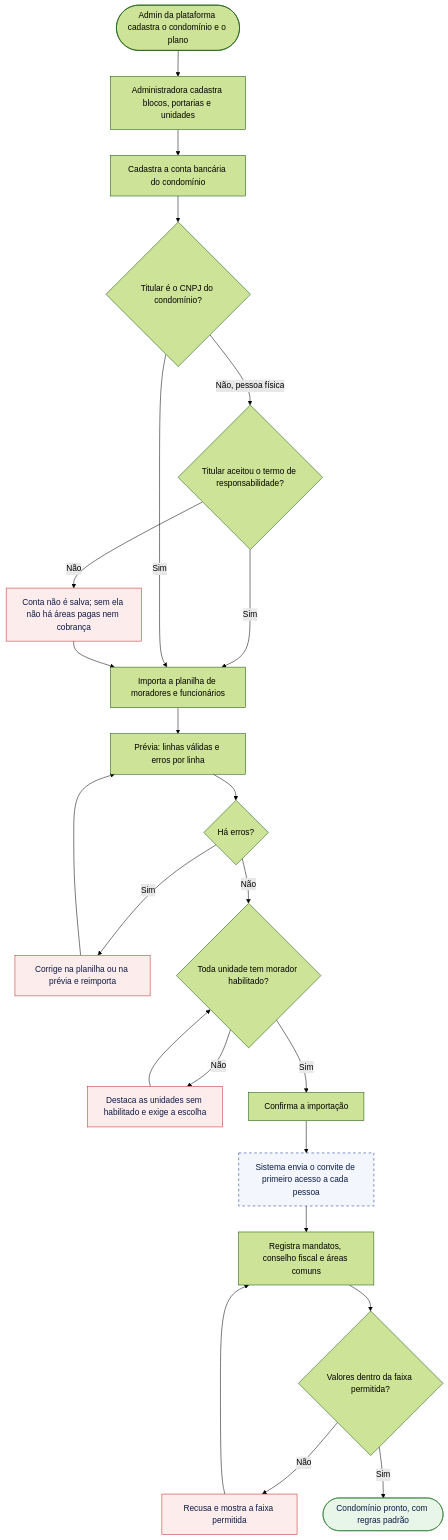
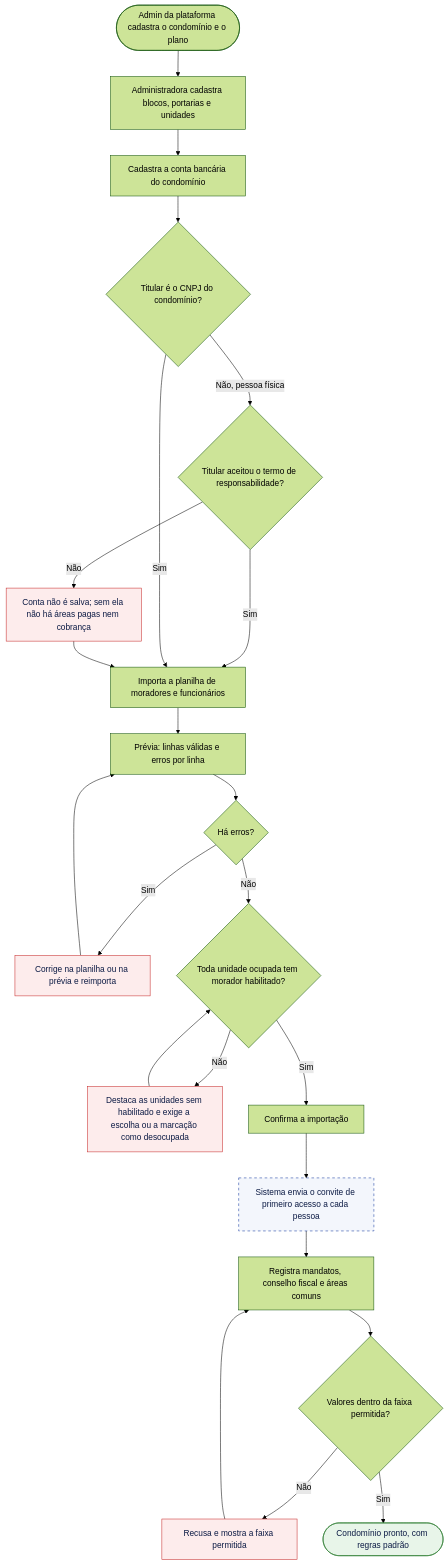
Before and after one commit to pedrolems/CondomiFacil: the third of 26 diagrams in docs/02-design/02-user-flows.md, drawn with Mermaid (forest theme). The commit also changed other lines of this file and 11 other files, not shown here.

````diff
--- a/docs/02-design/02-user-flows.md
+++ b/docs/02-design/02-user-flows.md
@@ -177,31 +178,31 @@
 ```mermaid
 flowchart TD
     A(["Admin da plataforma cadastra o condomínio e o plano"]) --> B["Administradora cadastra blocos, portarias e unidades"]
     B --> C["Cadastra a conta bancária do condomínio"]
     C --> C1{"Titular é o CNPJ do condomínio?"}
     C1 -->|"Não, pessoa física"| C2{"Titular aceitou o termo de responsabilidade?"}
     C2 -->|"Não"| E1["Conta não é salva; sem ela não há áreas pagas nem cobrança"]
     C2 -->|"Sim"| D
     C1 -->|"Sim"| D["Importa a planilha de moradores e funcionários"]
     E1 --> D
     D --> F["Prévia: linhas válidas e erros por linha"]
     F --> G{"Há erros?"}
     G -->|"Sim"| E2["Corrige na planilha ou na prévia e reimporta"]
     E2 --> F
-    G -->|"Não"| H{"Toda unidade tem morador habilitado?"}
-    H -->|"Não"| E3["Destaca as unidades sem habilitado e exige a escolha"]
+    G -->|"Não"| H{"Toda unidade ocupada tem morador habilitado?"}
+    H -->|"Não"| E3["Destaca as unidades sem habilitado e exige a escolha ou a marcação como desocupada"]
     E3 --> H
     H -->|"Sim"| I["Confirma a importação"]
     I --> S1["Sistema envia o convite de primeiro acesso a cada pessoa"]
     S1 --> J["Registra mandatos, conselho fiscal e áreas comuns"]
     J --> K{"Valores dentro da faixa permitida?"}
     K -->|"Não"| E4["Recusa e mostra a faixa permitida"]
     E4 --> J
     K -->|"Sim"| L(["Condomínio pronto, com regras padrão"])
     classDef ok fill:#E8F5E9,stroke:#2E7D32,color:#0B1A44
     classDef erro fill:#FDECEC,stroke:#C62828,color:#0B1A44
     classDef sis fill:#F3F6FC,stroke:#0E359D,stroke-dasharray:5 5,color:#0B1A44
     class L ok
     class E1,E2,E3,E4 erro
     class S1 sis
 ```
````
